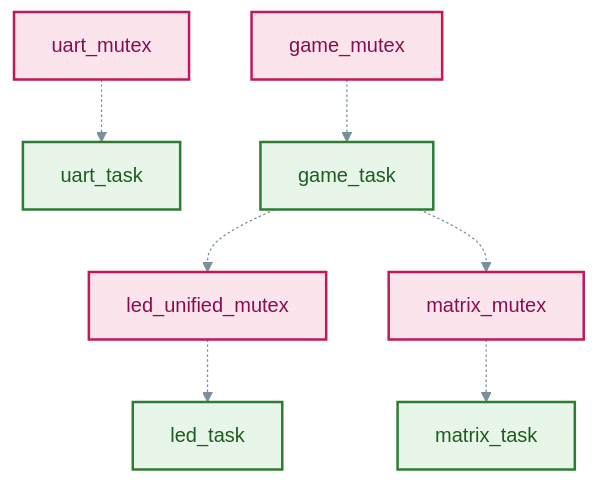
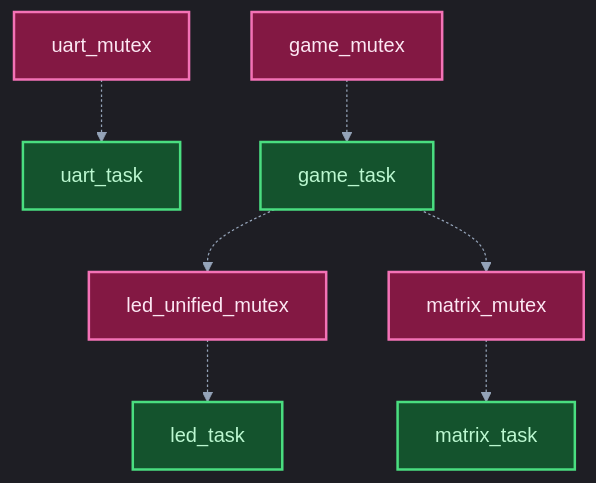
Before and after one commit to AlfredKrutina/chess_esp32_c6_devkit: the sixth of 6 diagrams in docs/diagrams/README.md, drawn with Mermaid. The commit also changed other lines of this file and 97 other files, not shown here.

Commit message:
more diagrams

````diff
--- a/docs/diagrams/README.md
+++ b/docs/diagrams/README.md
@@ -198,20 +202,20 @@
 ```mermaid
-%%{init: {'theme':'base', 'themeVariables': {'lineColor':'#78909c'}}}%%
+%%{init: {'theme':'dark','themeVariables':{'clusterBkg':'#0f172a','lineColor':'#94a3b8','primaryTextColor':'#f1f5f9','edgeLabelBackground':'#1e293b','titleColor':'#f8fafc'}}}%%
 flowchart TB
   UM[uart_mutex]:::mx
   MM[matrix_mutex]:::mx
   GM[game_mutex]:::mx
   LM[led_unified_mutex]:::mx
   UT[uart_task]:::t
   MT[matrix_task]:::t
   GT[game_task]:::t
   LT[led_task]:::t
   UM -.-> UT
   MM -.-> MT
   GM -.-> GT
   LM -.-> LT
   GT -.-> LM
   GT -.-> MM
-  classDef mx fill:#fce4ec,stroke:#c2185b,stroke-width:2px,color:#880e4f
-  classDef t fill:#e8f5e9,stroke:#2e7d32,stroke-width:2px,color:#1b5e20
+  classDef mx fill:#831843,stroke:#f472b6,stroke-width:2px,color:#fce7f3
+  classDef t fill:#14532d,stroke:#4ade80,stroke-width:2px,color:#bbf7d0
 ```
````
